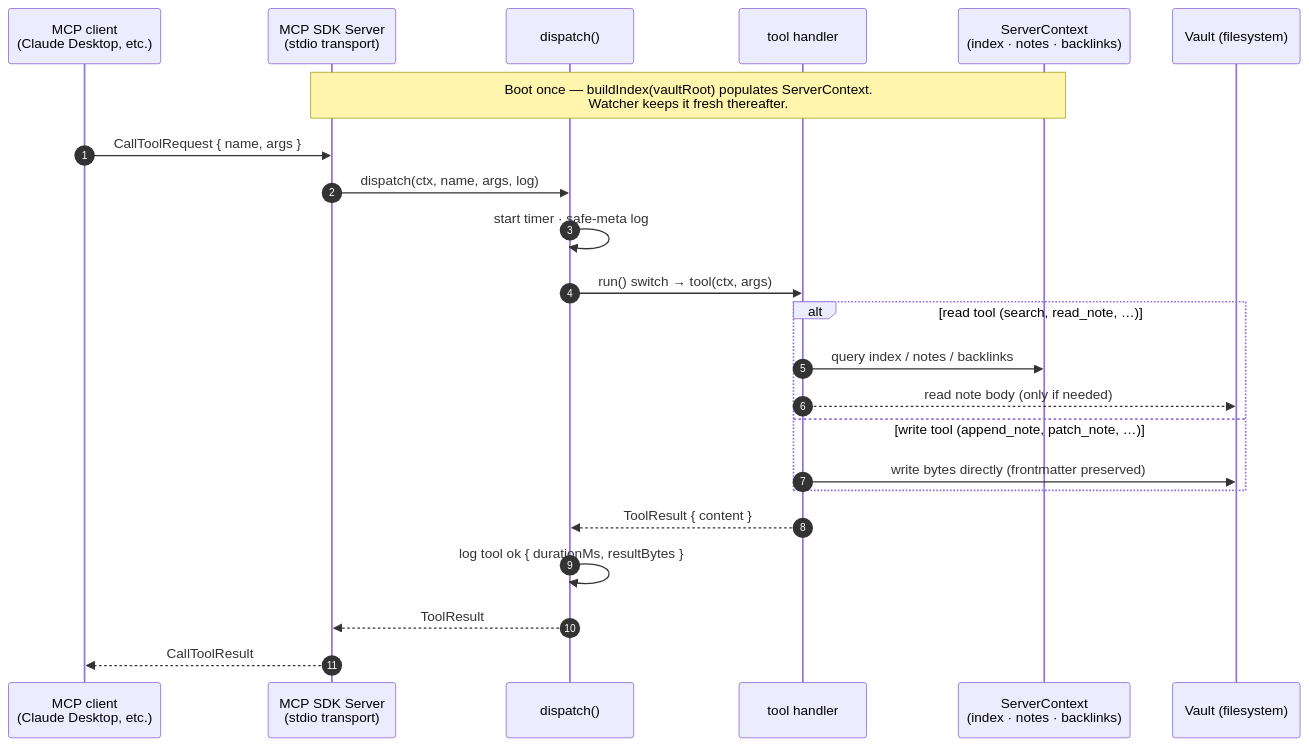
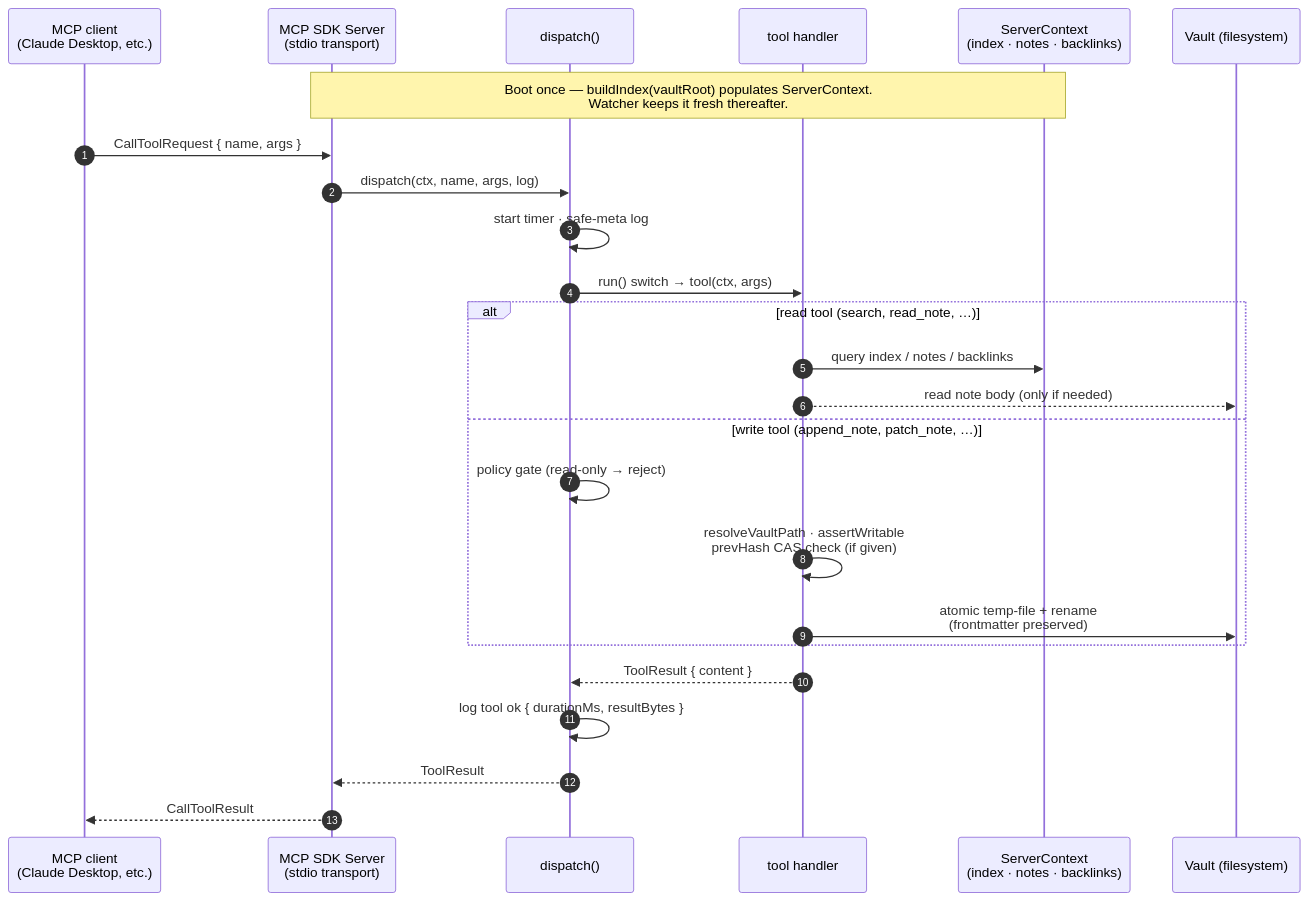
One commit to shaqmughal/seekstone changed the third of 5 diagrams in docs/ARCHITECTURE.md. Above: the diagram before and after it, drawn with Mermaid. The commit also changed other lines of this file and 21 other files, not shown here.

````diff
--- a/docs/ARCHITECTURE.md
+++ b/docs/ARCHITECTURE.md
@@ -141,27 +158,29 @@
 ```mermaid
 sequenceDiagram
     autonumber
     participant Client as MCP client<br/>(Claude Desktop, etc.)
     participant SDK as MCP SDK Server<br/>(stdio transport)
     participant D as dispatch()
     participant T as tool handler
     participant Ctx as ServerContext<br/>(index · notes · backlinks)
     participant FS as Vault (filesystem)
 
     Note over SDK,Ctx: Boot once — buildIndex(vaultRoot) populates ServerContext.<br/>Watcher keeps it fresh thereafter.
 
     Client->>SDK: CallToolRequest { name, args }
     SDK->>D: dispatch(ctx, name, args, log)
     D->>D: start timer · safe-meta log
     D->>T: run() switch → tool(ctx, args)
     alt read tool (search, read_note, …)
         T->>Ctx: query index / notes / backlinks
         T-->>FS: read note body (only if needed)
     else write tool (append_note, patch_note, …)
-        T->>FS: write bytes directly (frontmatter preserved)
+        D->>D: policy gate (read-only → reject)
+        T->>T: resolveVaultPath · assertWritable<br/>prevHash CAS check (if given)
+        T->>FS: atomic temp-file + rename<br/>(frontmatter preserved)
     end
     T-->>D: ToolResult { content }
     D->>D: log tool ok { durationMs, resultBytes }
     D-->>SDK: ToolResult
     SDK-->>Client: CallToolResult
 ```
````
